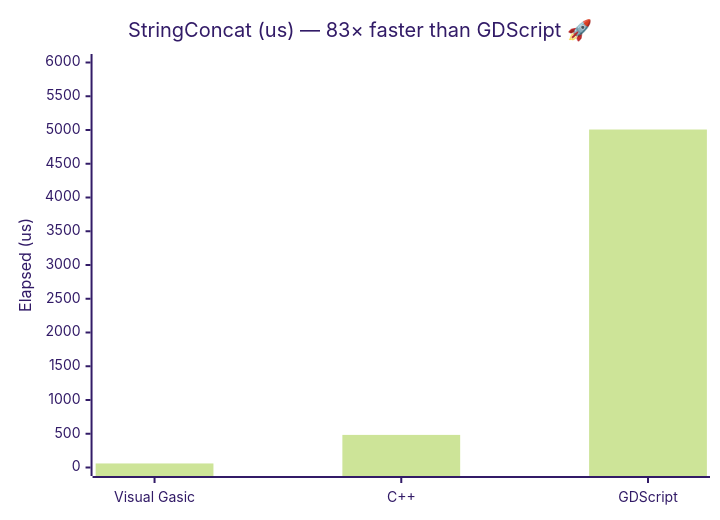
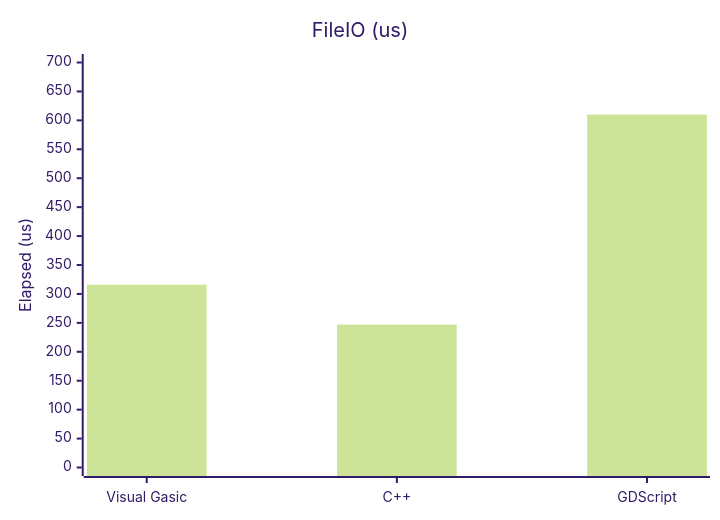
Before and after one commit to xgreenrx-star/VisualGasic: diagram 11 of 11 in docs/manual/performance.md, drawn with Mermaid (forest theme). The commit also changed other lines of this file and 50 other files, not shown here.

````diff
--- a/docs/manual/performance.md
+++ b/docs/manual/performance.md
@@ -171,7 +221,7 @@
 ```mermaid
 xychart-beta
-    title "StringConcat (us) — 83× faster than GDScript 🚀"
+    title "FileIO (us)"
     x-axis ["Visual Gasic","C++","GDScript"]
-    y-axis "Elapsed (us)" 0 --> 6000
-    bar [60,483,5007]
+    y-axis "Elapsed (us)" 0 --> 700
+    bar [316,247,610]
 ```
````
